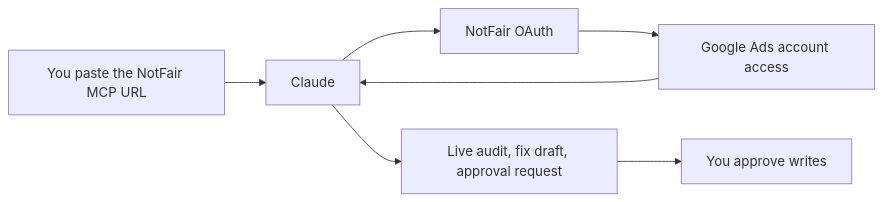
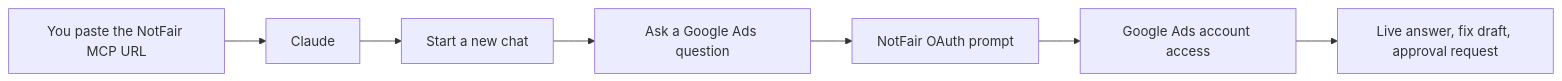
The first of 3 diagrams in README.md (nowork-studio/google-ads-mcp), drawn with Mermaid before and after one commit. The commit also changed other lines of this file and 1 other file, not shown here.

Commit message:
docs: fix Claude OAuth timing

````diff
--- a/README.md
+++ b/README.md
@@ -38,9 +38,9 @@
 ```mermaid
 flowchart LR
   A[You paste the NotFair MCP URL] --> B[Claude]
-  B --> C[NotFair OAuth]
-  C --> D[Google Ads account access]
-  D --> B
-  B --> E[Live audit, fix draft, approval request]
-  E --> F[You approve writes]
+  B --> C[Start a new chat]
+  C --> D[Ask a Google Ads question]
+  D --> E[NotFair OAuth prompt]
+  E --> F[Google Ads account access]
+  F --> G[Live answer, fix draft, approval request]
 ```
````
